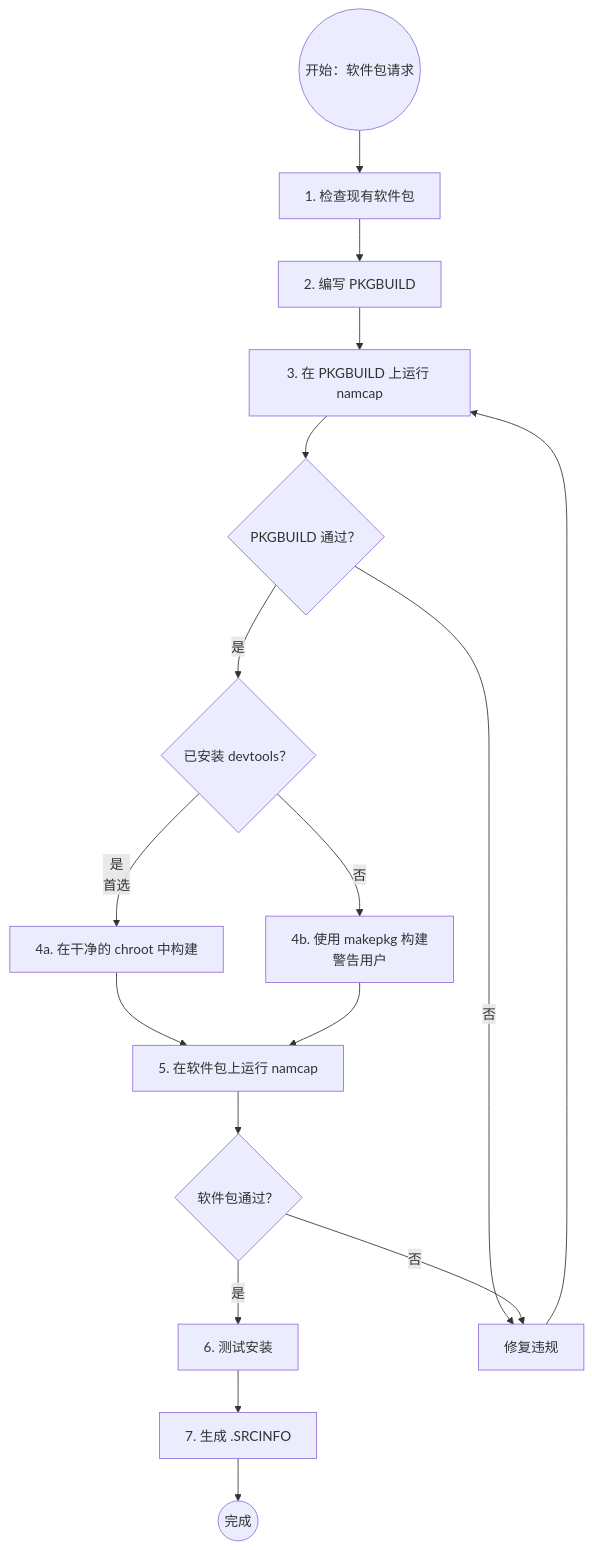
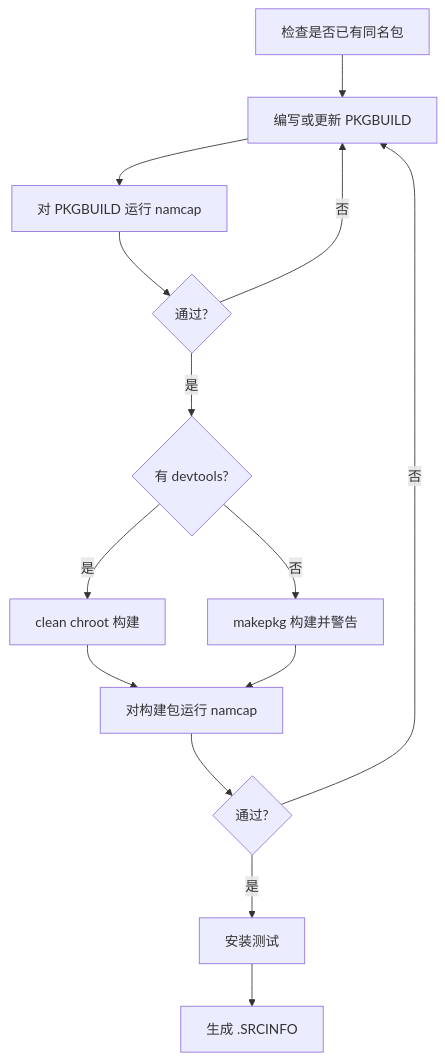
The diagram in .config/agents/skills/archlinux-pkgbuild/SKILL.zh-CN.md (SteamedFish/dotfiles), drawn with Mermaid before and after one commit. The commit also changed other lines of this file and 18 other files, not shown here.

````diff
--- a/.config/agents/skills/archlinux-pkgbuild/SKILL.zh-CN.md
+++ b/.config/agents/skills/archlinux-pkgbuild/SKILL.zh-CN.md
@@ -33,34 +37,16 @@
 ```mermaid
 flowchart TD
-    Start((开始：软件包请求))
-    Step1[1. 检查现有软件包]
-    Step2[2. 编写 PKGBUILD]
-    Step3[3. 在 PKGBUILD 上运行 namcap]
-    Q1{PKGBUILD 通过？}
-    Q2{已安装 devtools？}
-    Step4a[4a. 在干净的 chroot 中构建]
-    Step4b[4b. 使用 makepkg 构建<br/>警告用户]
-    Step5[5. 在软件包上运行 namcap]
-    Q3{软件包通过？}
-    Step6[6. 测试安装]
-    Step7[7. 生成 .SRCINFO]
-    Complete((完成))
-    Fix[修复违规]
-    
-    Start --> Step1
-    Step1 --> Step2
-    Step2 --> Step3
-    Step3 --> Q1
-    Q1 -->|否| Fix
-    Fix --> Step3
-    Q1 -->|是| Q2
-    Q2 -->|是<br/>首选| Step4a
-    Q2 -->|否| Step4b
-    Step4a --> Step5
-    Step4b --> Step5
-    Step5 --> Q3
-    Q3 -->|否| Fix
-    Q3 -->|是| Step6
-    Step6 --> Step7
-    Step7 --> Complete
+    A[检查是否已有同名包] --> B[编写或更新 PKGBUILD]
+    B --> C[对 PKGBUILD 运行 namcap]
+    C --> D{通过?}
+    D -->|否| B
+    D -->|是| E{有 devtools?}
+    E -->|是| F[clean chroot 构建]
+    E -->|否| G[makepkg 构建并警告]
+    F --> H[对构建包运行 namcap]
+    G --> H
+    H --> I{通过?}
+    I -->|否| B
+    I -->|是| J[安装测试]
+    J --> K[生成 .SRCINFO]
 ```
````
